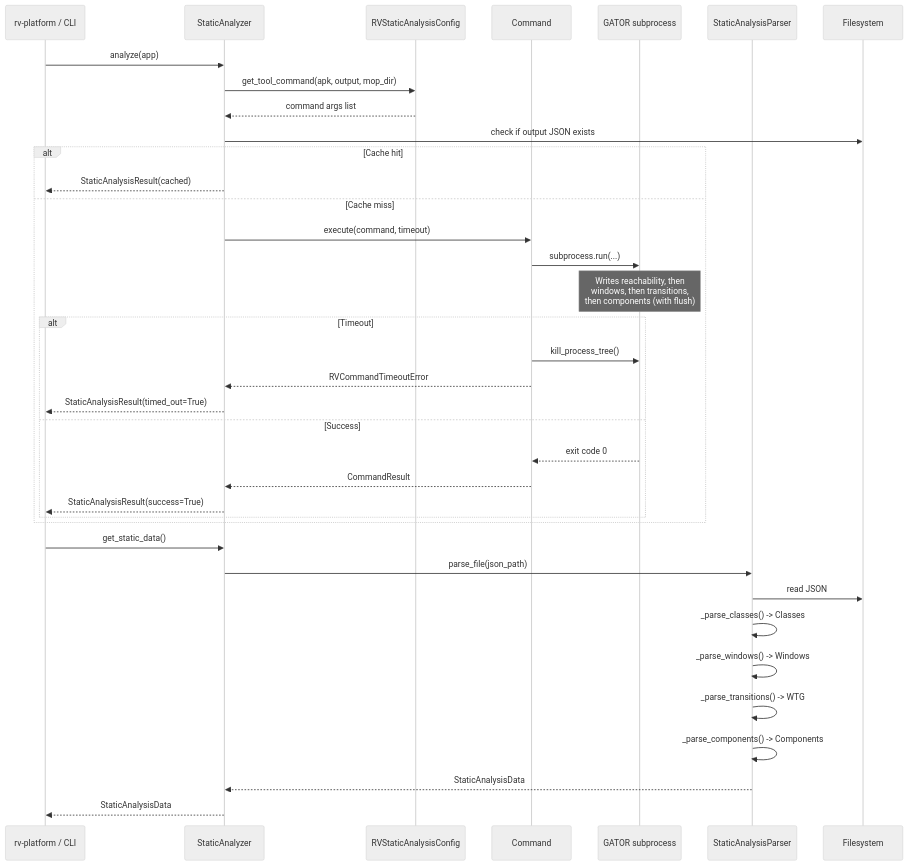
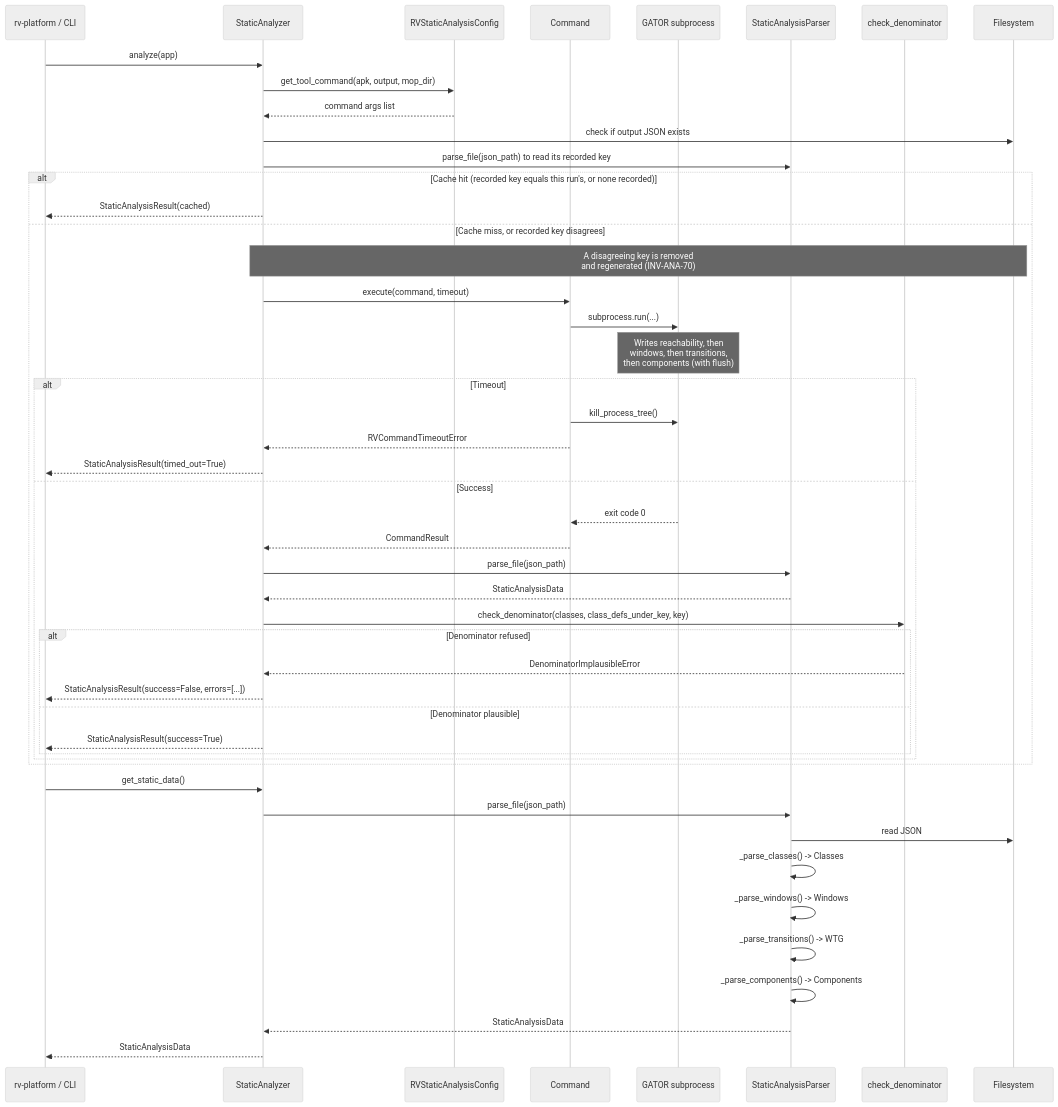
The fourth of 5 diagrams in rv-android/modules/rv-static-analysis/docs/architecture.md (PAMunb/rvsec), drawn with Mermaid before and after one commit. The commit also changed other lines of this file and 99 other files, not shown here.

````diff
--- a/rv-android/modules/rv-static-analysis/docs/architecture.md
+++ b/rv-android/modules/rv-static-analysis/docs/architecture.md
@@ -372,42 +424,53 @@
 ```mermaid
 %%{init: {'theme': 'neutral'}}%%
 sequenceDiagram
     participant Caller as rv-platform / CLI
     participant SA as StaticAnalyzer
     participant CFG as RVStaticAnalysisConfig
     participant CMD as Command
     participant GATOR as GATOR subprocess
     participant SAP as StaticAnalysisParser
+    participant GATE as check_denominator
     participant FS as Filesystem
 
     Caller->>SA: analyze(app)
     SA->>CFG: get_tool_command(apk, output, mop_dir)
     CFG-->>SA: command args list
     SA->>FS: check if output JSON exists
-    alt Cache hit
+    SA->>SAP: parse_file(json_path) to read its recorded key
+    alt Cache hit (recorded key equals this run's, or none recorded)
         SA-->>Caller: StaticAnalysisResult(cached)
-    else Cache miss
+    else Cache miss, or recorded key disagrees
+        Note over SA,FS: A disagreeing key is removed<br/>and regenerated (INV-ANA-70)
         SA->>CMD: execute(command, timeout)
         CMD->>GATOR: subprocess.run(...)
         Note over GATOR: Writes reachability, then<br/>windows, then transitions,<br/>then components (with flush)
         alt Timeout
             CMD->>GATOR: kill_process_tree()
             CMD-->>SA: RVCommandTimeoutError
             SA-->>Caller: StaticAnalysisResult(timed_out=True)
         else Success
             GATOR-->>CMD: exit code 0
             CMD-->>SA: CommandResult
-            SA-->>Caller: StaticAnalysisResult(success=True)
+            SA->>SAP: parse_file(json_path)
+            SAP-->>SA: StaticAnalysisData
+            SA->>GATE: check_denominator(classes, class_defs_under_key, key)
+            alt Denominator refused
+                GATE-->>SA: DenominatorImplausibleError
+                SA-->>Caller: StaticAnalysisResult(success=False, errors=[...])
+            else Denominator plausible
+                SA-->>Caller: StaticAnalysisResult(success=True)
+            end
         end
     end
 
     Caller->>SA: get_static_data()
     SA->>SAP: parse_file(json_path)
     SAP->>FS: read JSON
     SAP->>SAP: _parse_classes() -> Classes
     SAP->>SAP: _parse_windows() -> Windows
     SAP->>SAP: _parse_transitions() -> WTG
     SAP->>SAP: _parse_components() -> Components
     SAP-->>SA: StaticAnalysisData
     SA-->>Caller: StaticAnalysisData
 ```
````
